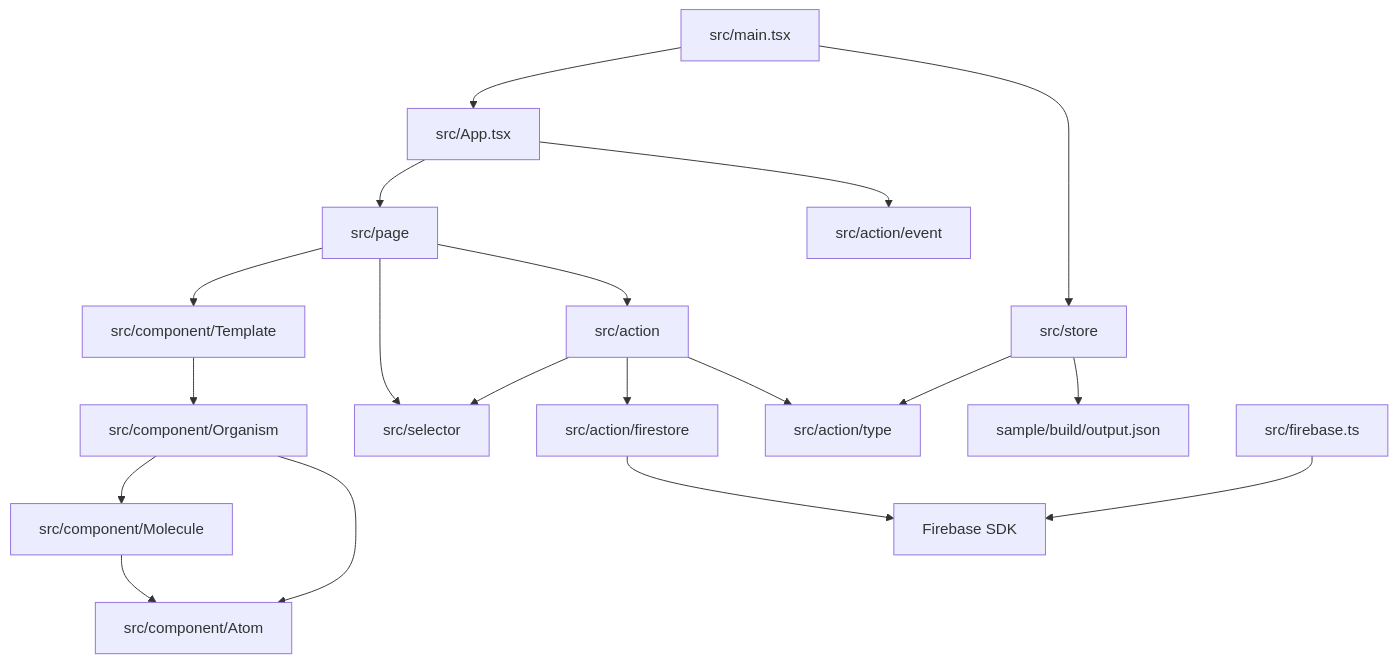
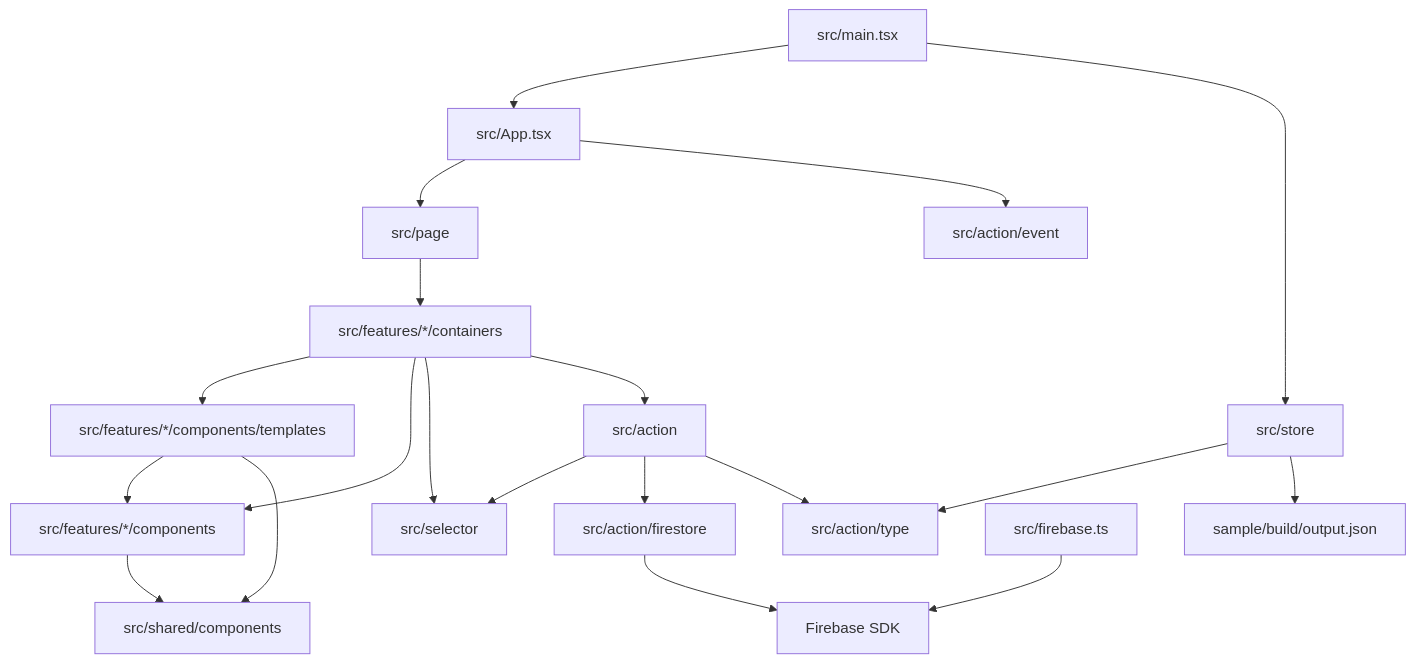
One commit to her0e1c1/tango changed the diagram in docs/summary/module-map.md. Above: the diagram before and after it, drawn with Mermaid. The commit also changed other lines of this file and 239 other files, not shown here.

First line of the commit message:
Refactor UI into feature-based component architecture (#200)

````diff
--- a/docs/summary/module-map.md
+++ b/docs/summary/module-map.md
@@ -23,23 +24,24 @@
 ```mermaid
 flowchart TD
     Main[src/main.tsx] --> App[src/App.tsx]
     Main --> Store[src/store]
     App --> Pages[src/page]
     App --> EventAction[src/action/event]
 
-    Pages --> Templates[src/component/Template]
-    Templates --> Organisms[src/component/Organism]
-    Organisms --> Molecules[src/component/Molecule]
-    Molecules --> Atoms[src/component/Atom]
-    Organisms --> Atoms
+    Pages --> Containers[src/features/*/containers]
+    Containers --> Templates[src/features/*/components/templates]
+    Containers --> FeatureUI[src/features/*/components]
+    Templates --> FeatureUI
+    Templates --> SharedUI[src/shared/components]
+    FeatureUI --> SharedUI
 
-    Pages --> Selectors[src/selector]
-    Pages --> Actions[src/action]
+    Containers --> Selectors[src/selector]
+    Containers --> Actions[src/action]
     Actions --> Selectors
     Actions --> Firestore[src/action/firestore]
     Actions --> StoreTypes[src/action/type]
     Store --> StoreTypes
     Store --> SampleJson[sample/build/output.json]
     Firestore --> FirebaseSDK[Firebase SDK]
     FirebaseInit[src/firebase.ts] --> FirebaseSDK
 ```
````
